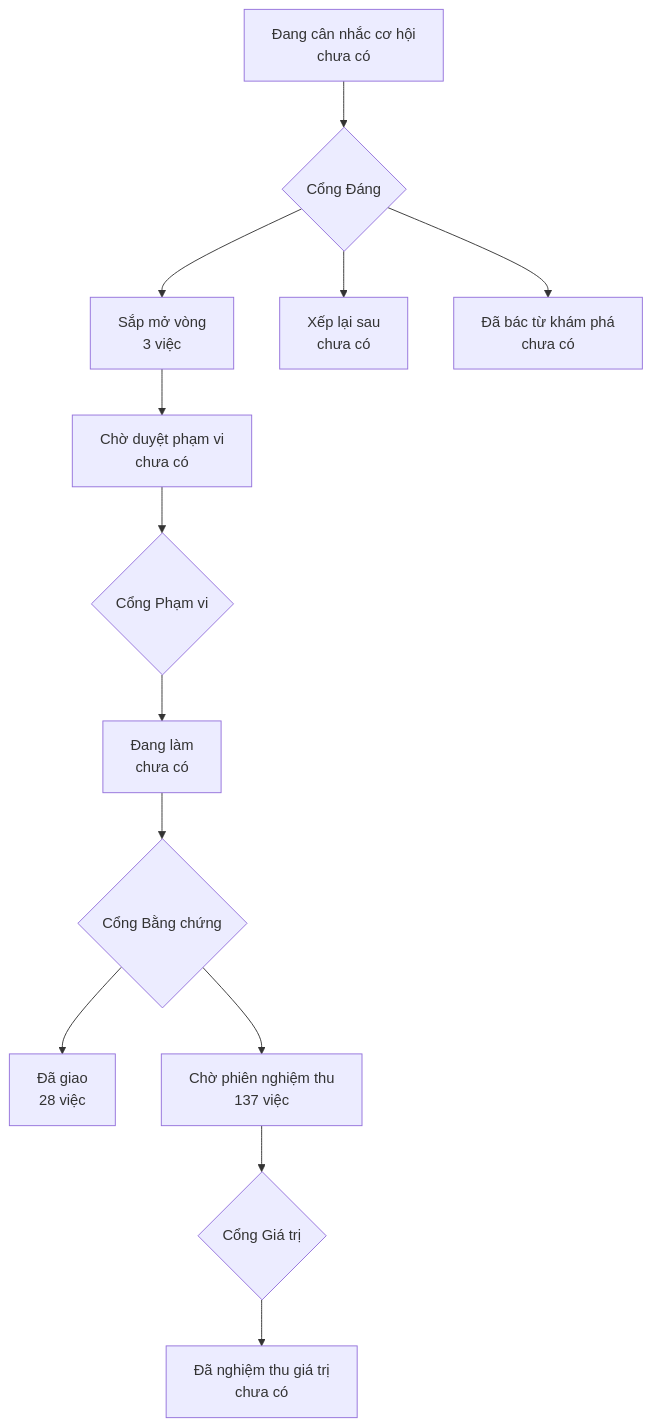
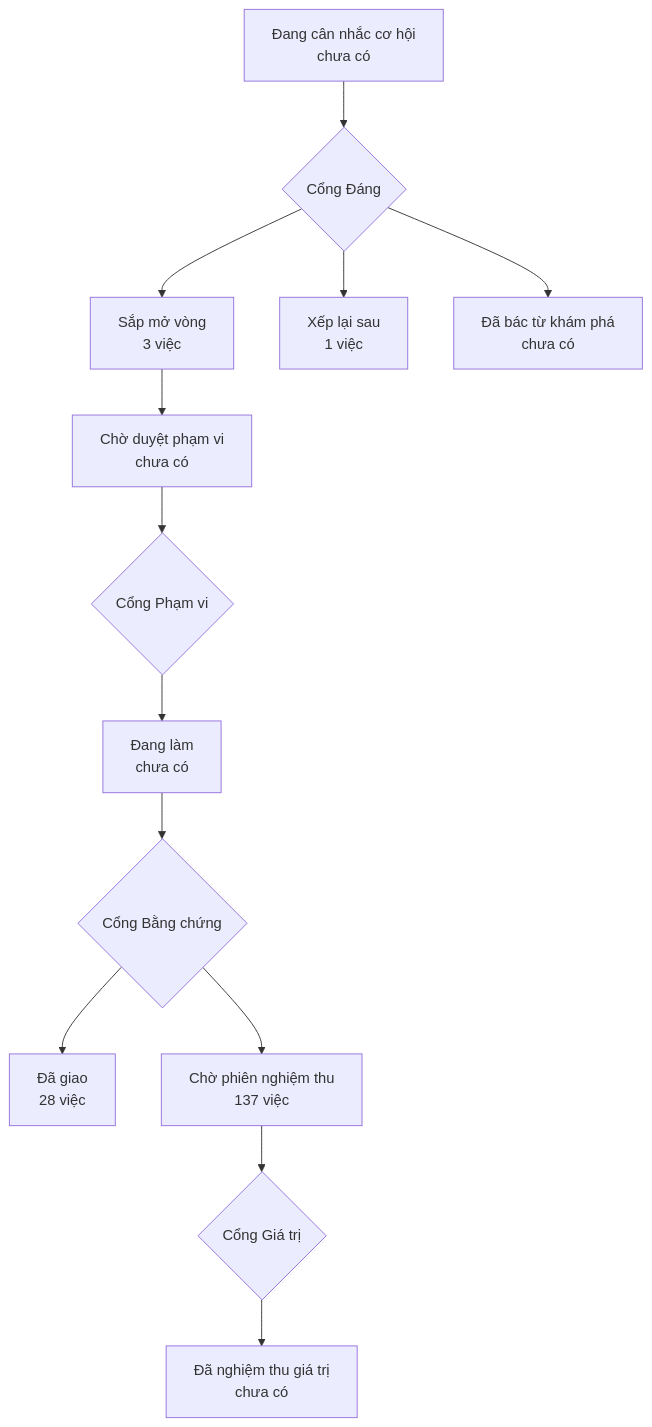
Before and after one commit to phanlemanh/onehub-quy-hang: the diagram in PRODUCT-MAP.md, drawn with Mermaid. The commit also changed other lines of this file and 2 other files, not shown here.

First line of the commit message:
chore(acceptance): chot-gui-chac-chan xếp lại ở Cổng Đáng

````diff
--- a/PRODUCT-MAP.md
+++ b/PRODUCT-MAP.md
@@ -7,12 +7,12 @@
 ```mermaid
 flowchart TD
   A["Đang cân nhắc cơ hội<br/>chưa có"] --> GD{"Cổng Đáng"}
   GD --> B["Sắp mở vòng<br/>3 việc"]
-  GD --> XL["Xếp lại sau<br/>chưa có"]
+  GD --> XL["Xếp lại sau<br/>1 việc"]
   GD --> DB["Đã bác từ khám phá<br/>chưa có"]
   B --> CD["Chờ duyệt phạm vi<br/>chưa có"] --> GP{"Cổng Phạm vi"}
   GP --> DL["Đang làm<br/>chưa có"] --> GB{"Cổng Bằng chứng"}
   GB --> DG["Đã giao<br/>28 việc"]
   GB --> CN["Chờ phiên nghiệm thu<br/>137 việc"] --> GG{"Cổng Giá trị"}
   GG --> NT["Đã nghiệm thu giá trị<br/>chưa có"]
 ```
````
